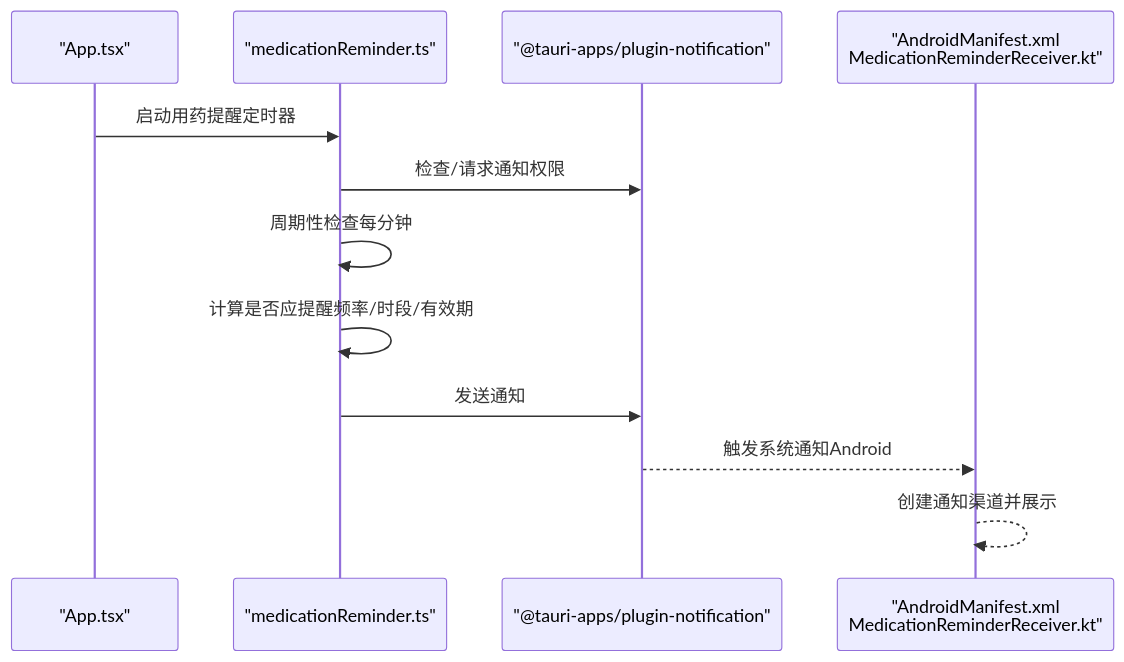
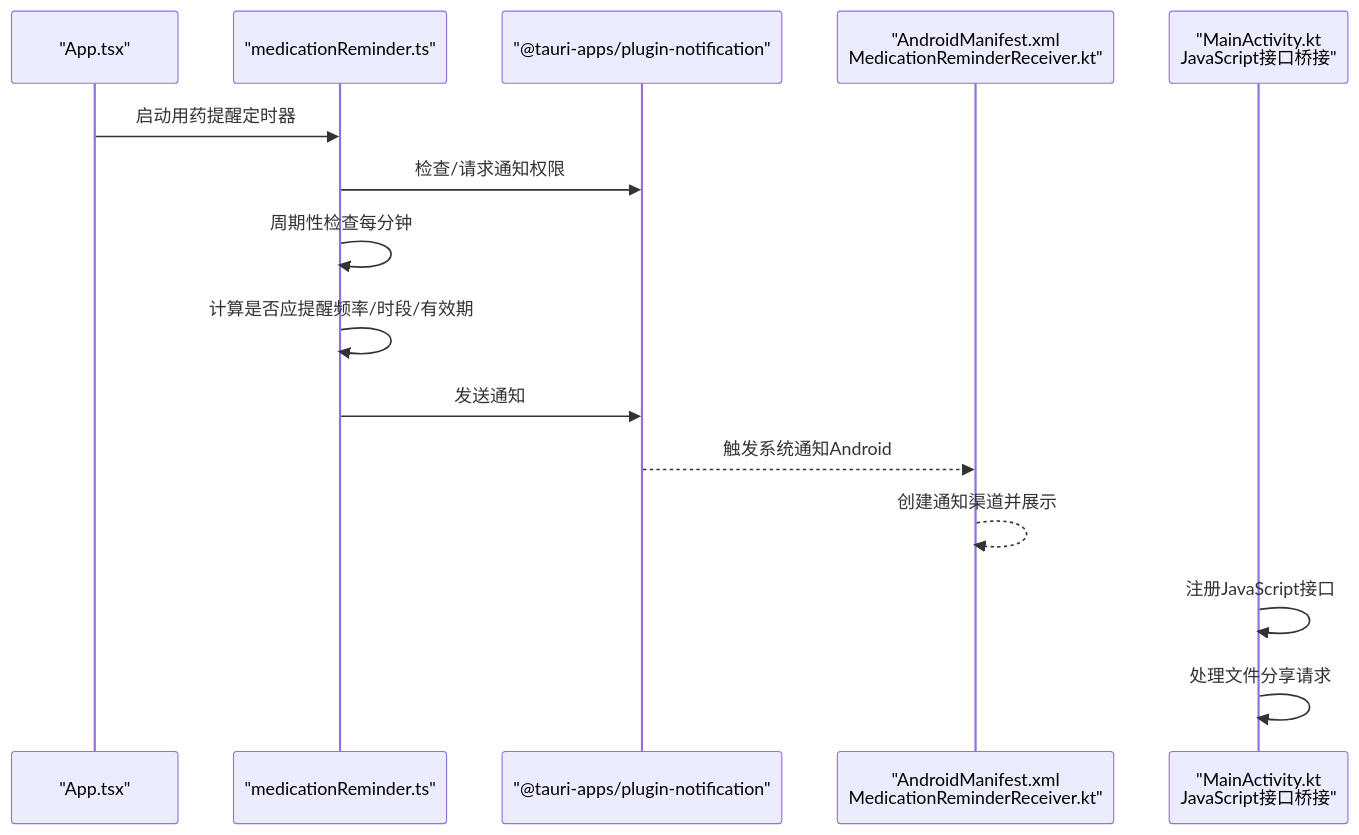
The second of 7 diagrams in .qoder/repowiki/zh/content/系统集成/系统集成.md (yn-zxj/Assetly), drawn with Mermaid before and after one commit. The commit also changed other lines of this file and 14 other files, not shown here.

````diff
--- a/.qoder/repowiki/zh/content/系统集成/系统集成.md
+++ b/.qoder/repowiki/zh/content/系统集成/系统集成.md
@@ -115,14 +127,17 @@
 ```mermaid
 sequenceDiagram
 participant App as "App.tsx"
 participant Reminder as "medicationReminder.ts"
 participant Notif as "@tauri-apps/plugin-notification"
 participant Android as "AndroidManifest.xml<br/>MedicationReminderReceiver.kt"
+participant Main as "MainActivity.kt<br/>JavaScript接口桥接"
 App->>Reminder : 启动用药提醒定时器
 Reminder->>Notif : 检查/请求通知权限
 Reminder->>Reminder : 周期性检查每分钟
 Reminder->>Reminder : 计算是否应提醒频率/时段/有效期
 Reminder->>Notif : 发送通知
 Notif-->>Android : 触发系统通知Android
 Android-->>Android : 创建通知渠道并展示
+Main->>Main : 注册JavaScript接口
+Main->>Main : 处理文件分享请求
 ```
````
